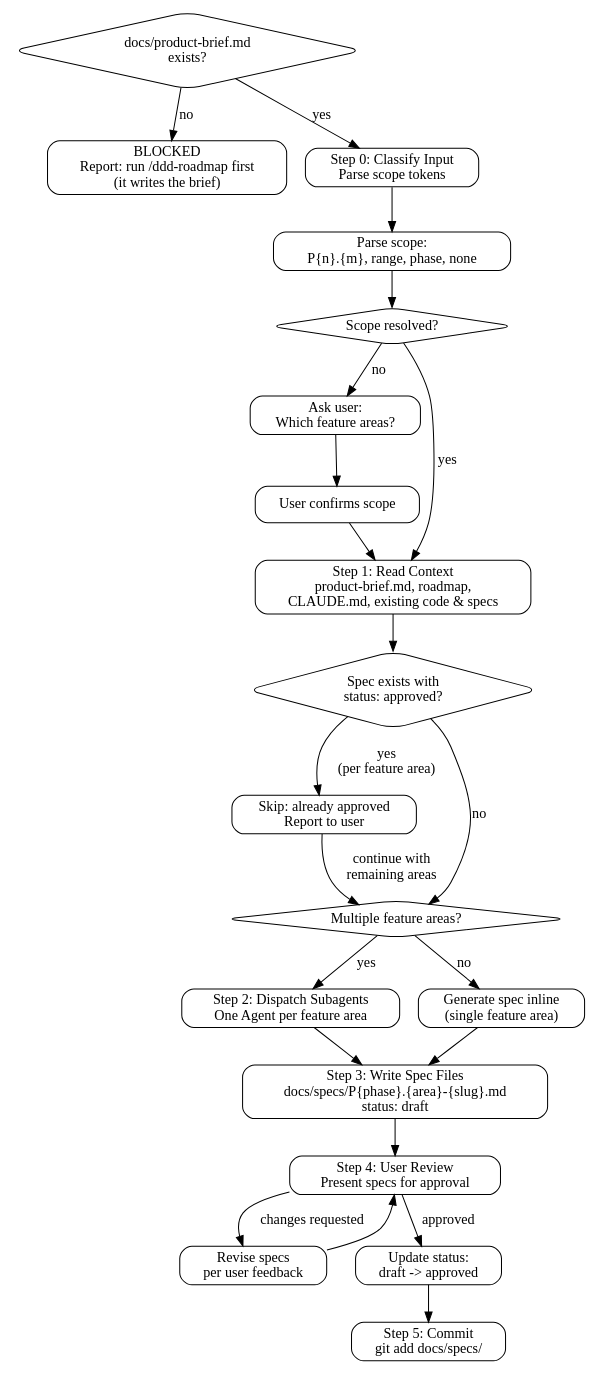
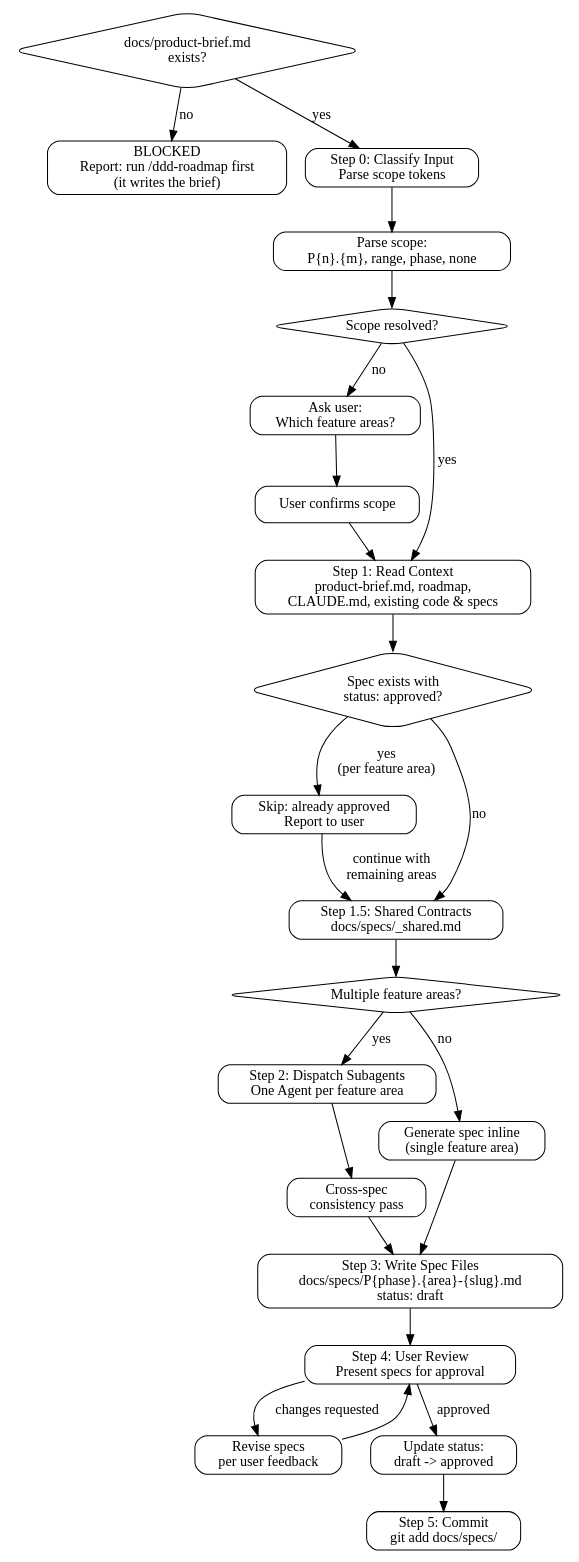
One commit to litecore-ai/ddd-coding-skills changed the diagram in skills/ddd-spec/SKILL.md. Above: the diagram before and after it, drawn with Graphviz. The commit also changed other lines of this file, not shown here.

First line of the commit message:
feat(ddd-spec): shared contracts layer — _shared.md anchors parallel spec generation

````diff
--- a/skills/ddd-spec/SKILL.md
+++ b/skills/ddd-spec/SKILL.md
@@ -38,47 +38,50 @@
 ```dot
 digraph ddd_spec {
   rankdir=TB;
   node [shape=box, style=rounded];
 
   brief_check [label="docs/product-brief.md\nexists?" shape=diamond];
   blocked [label="BLOCKED\nReport: run /ddd-roadmap first\n(it writes the brief)"];
   input [label="Step 0: Classify Input\nParse scope tokens"];
   parse [label="Parse scope:\nP{n}.{m}, range, phase, none"];
   has_scope [label="Scope resolved?" shape=diamond];
   ask_user [label="Ask user:\nWhich feature areas?"];
   confirm [label="User confirms scope"];
   read_ctx [label="Step 1: Read Context\nproduct-brief.md, roadmap,\nCLAUDE.md, existing code & specs"];
   skip_check [label="Spec exists with\nstatus: approved?" shape=diamond];
   skip [label="Skip: already approved\nReport to user"];
+  shared [label="Step 1.5: Shared Contracts\ndocs/specs/_shared.md"];
   multi_check [label="Multiple feature areas?" shape=diamond];
   dispatch [label="Step 2: Dispatch Subagents\nOne Agent per feature area"];
   single [label="Generate spec inline\n(single feature area)"];
+  consistency [label="Cross-spec\nconsistency pass"];
   write [label="Step 3: Write Spec Files\ndocs/specs/P{phase}.{area}-{slug}.md\nstatus: draft"];
   review [label="Step 4: User Review\nPresent specs for approval"];
   revise [label="Revise specs\nper user feedback"];
   approve [label="Update status:\ndraft -> approved"];
   commit [label="Step 5: Commit\ngit add docs/specs/"];
 
   brief_check -> blocked [label="no"];
   brief_check -> input [label="yes"];
   input -> parse;
   parse -> has_scope;
   has_scope -> read_ctx [label="yes"];
   has_scope -> ask_user [label="no"];
   ask_user -> confirm;
   confirm -> read_ctx;
   read_ctx -> skip_check;
   skip_check -> skip [label="yes\n(per feature area)"];
-  skip -> multi_check [label="continue with\nremaining areas"];
-  skip_check -> multi_check [label="no"];
+  skip -> shared [label="continue with\nremaining areas"];
+  skip_check -> shared [label="no"];
+  shared -> multi_check;
   multi_check -> dispatch [label="yes"];
   multi_check -> single [label="no"];
-  dispatch -> write;
+  dispatch -> consistency -> write;
   single -> write;
   write -> review;
   review -> revise [label="changes requested"];
   revise -> review;
   review -> approve [label="approved"];
   approve -> commit;
 }
 ```
````
